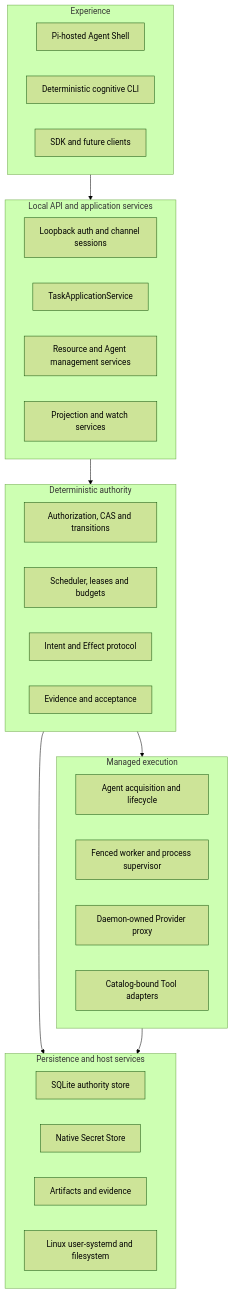
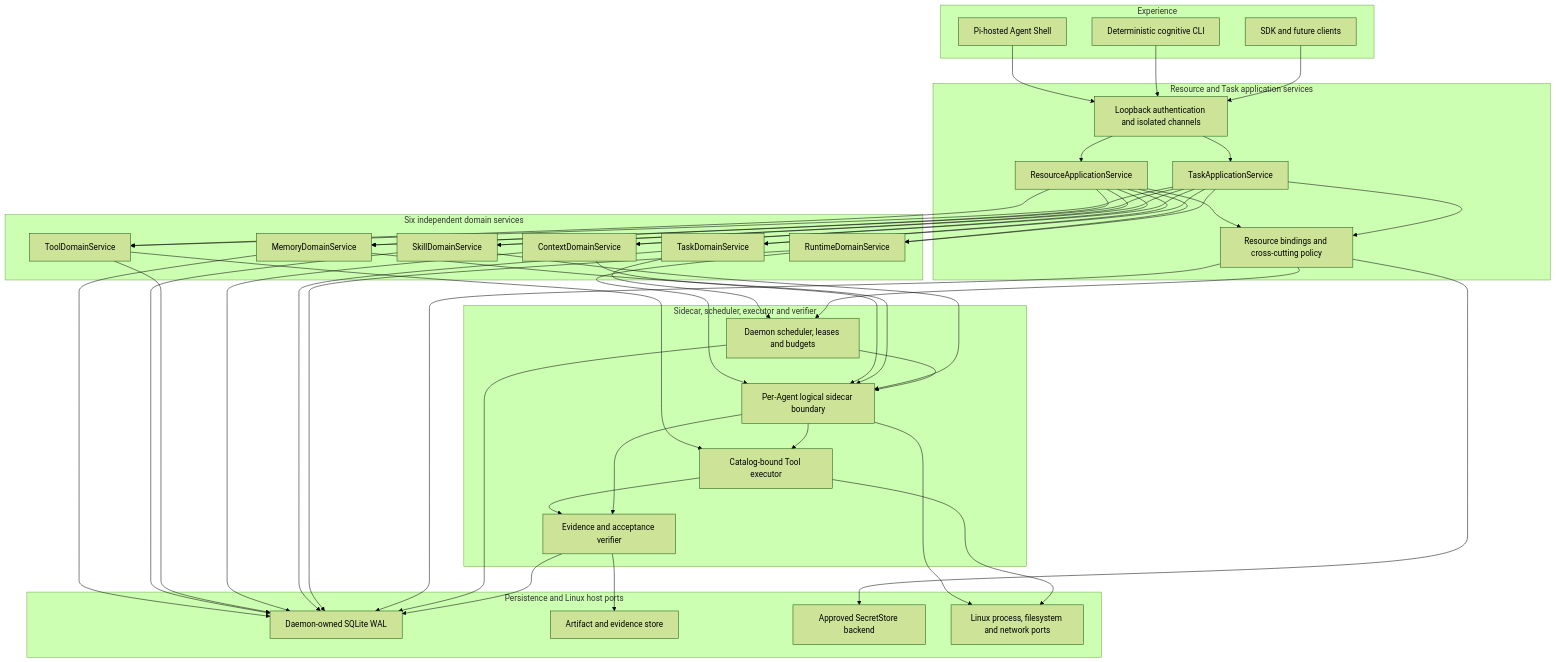
Before and after one commit to agentkernel/cognitive-os: the first of 4 diagrams in docs/architecture/personal/system-architecture.md, drawn with Mermaid (forest theme). The commit also changed other lines of this file and 22 other files, not shown here.

First line of the commit message:
docs: establish unified Personal cognitive-resource baseline

````diff
--- a/docs/architecture/personal/system-architecture.md
+++ b/docs/architecture/personal/system-architecture.md
@@ -25,38 +29,85 @@
 ```mermaid
 flowchart TB
-  subgraph experienceLayer [Experience]
+  subgraph experienceLayer["Experience"]
     piShell["Pi-hosted Agent Shell"]
     cognitiveCli["Deterministic cognitive CLI"]
     sdkClients["SDK and future clients"]
   end
-  subgraph apiLayer [Local API and application services]
-    localAuth["Loopback auth and channel sessions"]
-    taskService["TaskApplicationService"]
-    resourceService["Resource and Agent management services"]
-    watchService["Projection and watch services"]
-  end
-  subgraph authorityLayer [Deterministic authority]
-    kernel["Authorization, CAS and transitions"]
-    scheduler["Scheduler, leases and budgets"]
-    effectProtocol["Intent and Effect protocol"]
-    verifier["Evidence and acceptance"]
-  end
-  subgraph runtimeLayer [Managed execution]
-    agentManager["Agent acquisition and lifecycle"]
-    worker["Fenced worker and process supervisor"]
-    providerProxy["Daemon-owned Provider proxy"]
-    toolAdapters["Catalog-bound Tool adapters"]
-  end
-  subgraph persistenceLayer [Persistence and host services]
-    authorityStore["SQLite authority store"]
-    secretStore["Native Secret Store"]
-    artifactStore["Artifacts and evidence"]
-    linuxHost["Linux user-systemd and filesystem"]
+
+  subgraph applicationLayer["Resource and Task application services"]
+    channelSessions["Loopback authentication and isolated channels"]
+    resourceApplication["ResourceApplicationService"]
+    taskApplication["TaskApplicationService"]
+    bindingPolicy["Resource bindings and cross-cutting policy"]
   end
 
-  experienceLayer --> apiLayer
-  apiLayer --> authorityLayer
-  authorityLayer --> runtimeLayer
-  authorityLayer --> persistenceLayer
-  runtimeLayer --> persistenceLayer
+  subgraph domainLayer["Six independent domain services"]
+    memoryDomain["MemoryDomainService"]
+    skillDomain["SkillDomainService"]
+    toolDomain["ToolDomainService"]
+    contextDomain["ContextDomainService"]
+    taskDomain["TaskDomainService"]
+    runtimeDomain["RuntimeDomainService"]
+  end
+
+  subgraph executionLayer["Sidecar, scheduler, executor and verifier"]
+    sidecarBoundary["Per-Agent logical sidecar boundary"]
+    schedulerAuthority["Daemon scheduler, leases and budgets"]
+    toolExecutor["Catalog-bound Tool executor"]
+    verifierAuthority["Evidence and acceptance verifier"]
+  end
+
+  subgraph platformLayer["Persistence and Linux host ports"]
+    sqlitePort["Daemon-owned SQLite WAL"]
+    artifactPort["Artifact and evidence store"]
+    secretPort["Approved SecretStore backend"]
+    linuxHostPorts["Linux process, filesystem and network ports"]
+  end
+
+  piShell --> channelSessions
+  cognitiveCli --> channelSessions
+  sdkClients --> channelSessions
+  channelSessions --> resourceApplication
+  channelSessions --> taskApplication
+  resourceApplication --> bindingPolicy
+  taskApplication --> bindingPolicy
+
+  resourceApplication --> memoryDomain
+  resourceApplication --> skillDomain
+  resourceApplication --> toolDomain
+  resourceApplication --> contextDomain
+  resourceApplication --> taskDomain
+  resourceApplication --> runtimeDomain
+  taskApplication --> taskDomain
+  taskApplication --> runtimeDomain
+  taskApplication --> toolDomain
+  taskApplication --> contextDomain
+  taskApplication --> memoryDomain
+  taskApplication --> skillDomain
+
+  runtimeDomain --> sidecarBoundary
+  taskDomain --> schedulerAuthority
+  contextDomain --> sidecarBoundary
+  memoryDomain --> sidecarBoundary
+  skillDomain --> sidecarBoundary
+  toolDomain --> toolExecutor
+  bindingPolicy --> schedulerAuthority
+  schedulerAuthority --> sidecarBoundary
+  sidecarBoundary --> toolExecutor
+  toolExecutor --> verifierAuthority
+  sidecarBoundary --> verifierAuthority
+
+  memoryDomain --> sqlitePort
+  skillDomain --> sqlitePort
+  toolDomain --> sqlitePort
+  contextDomain --> sqlitePort
+  taskDomain --> sqlitePort
+  runtimeDomain --> sqlitePort
+  bindingPolicy --> sqlitePort
+  schedulerAuthority --> sqlitePort
+  verifierAuthority --> sqlitePort
+  verifierAuthority --> artifactPort
+  sidecarBoundary --> linuxHostPorts
+  toolExecutor --> linuxHostPorts
+  bindingPolicy --> secretPort
 ```
````
